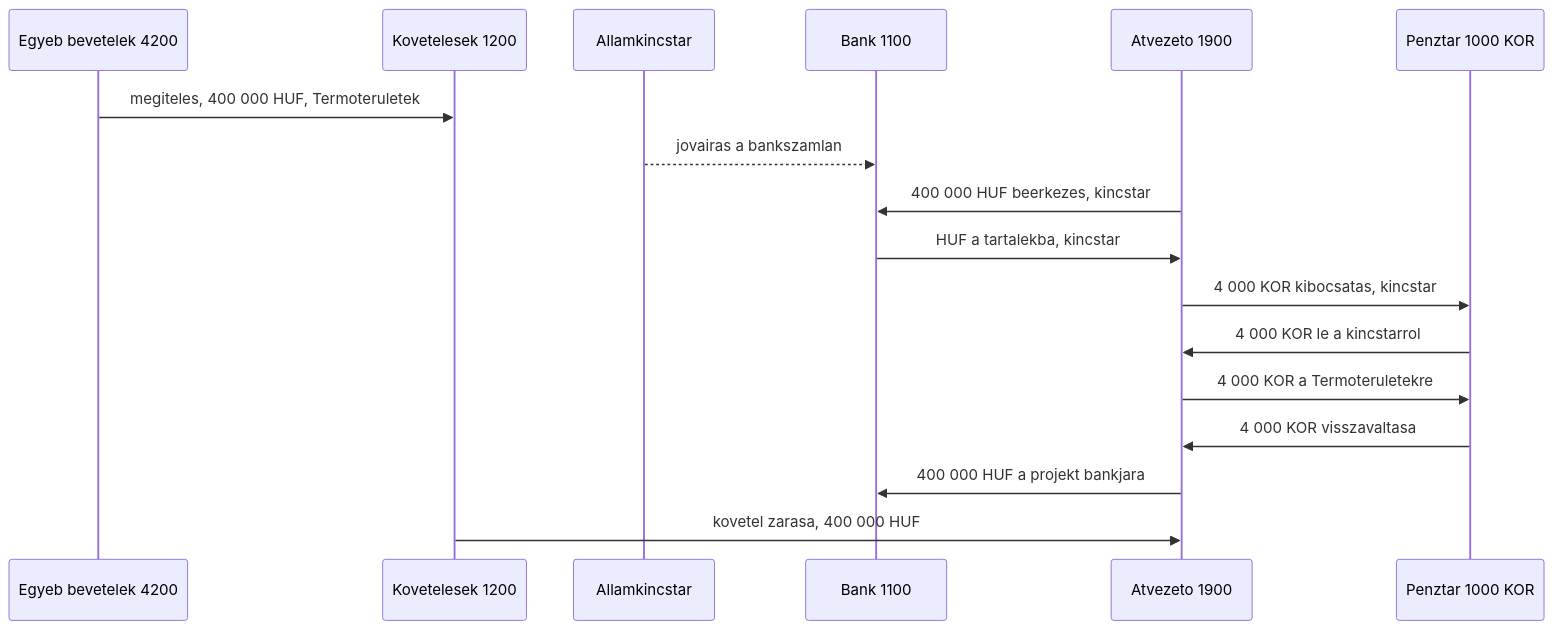
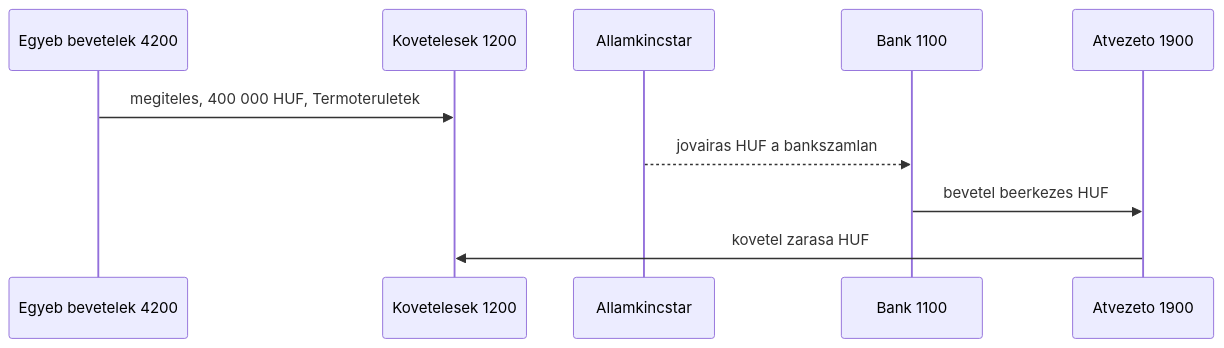
Before and after one commit to pitiboy/curr: diagram 11 of 15 in docs/transaction-workflow.md, drawn with Mermaid. The commit also changed other lines of this file and 31 other files, not shown here.

````diff
--- a/docs/transaction-workflow.md
+++ b/docs/transaction-workflow.md
@@ -534,20 +558,13 @@
 ```mermaid
 sequenceDiagram
   participant Bevetel as Egyeb bevetelek 4200
   participant Kovetel as Kovetelesek 1200
   participant Kincstar as Allamkincstar
   participant Bank as Bank 1100
   participant Atv as Atvezeto 1900
-  participant Penztar as Penztar 1000 KOR
 
   Bevetel->>Kovetel: megiteles, 400 000 HUF, Termoteruletek
-  Kincstar-->>Bank: jovairas a bankszamlan
-  Atv->>Bank: 400 000 HUF beerkezes, kincstar
-  Bank->>Atv: HUF a tartalekba, kincstar
-  Atv->>Penztar: 4 000 KOR kibocsatas, kincstar
-  Penztar->>Atv: 4 000 KOR le a kincstarrol
-  Atv->>Penztar: 4 000 KOR a Termoteruletekre
-  Penztar->>Atv: 4 000 KOR visszavaltasa
-  Atv->>Bank: 400 000 HUF a projekt bankjara
-  Kovetel->>Atv: kovetel zarasa, 400 000 HUF
+  Kincstar-->>Bank: jovairas HUF a bankszamlan
+  Bank->>Atv: bevetel beerkezes HUF
+  Atv->>Kovetel: kovetel zarasa HUF
 ```
````
